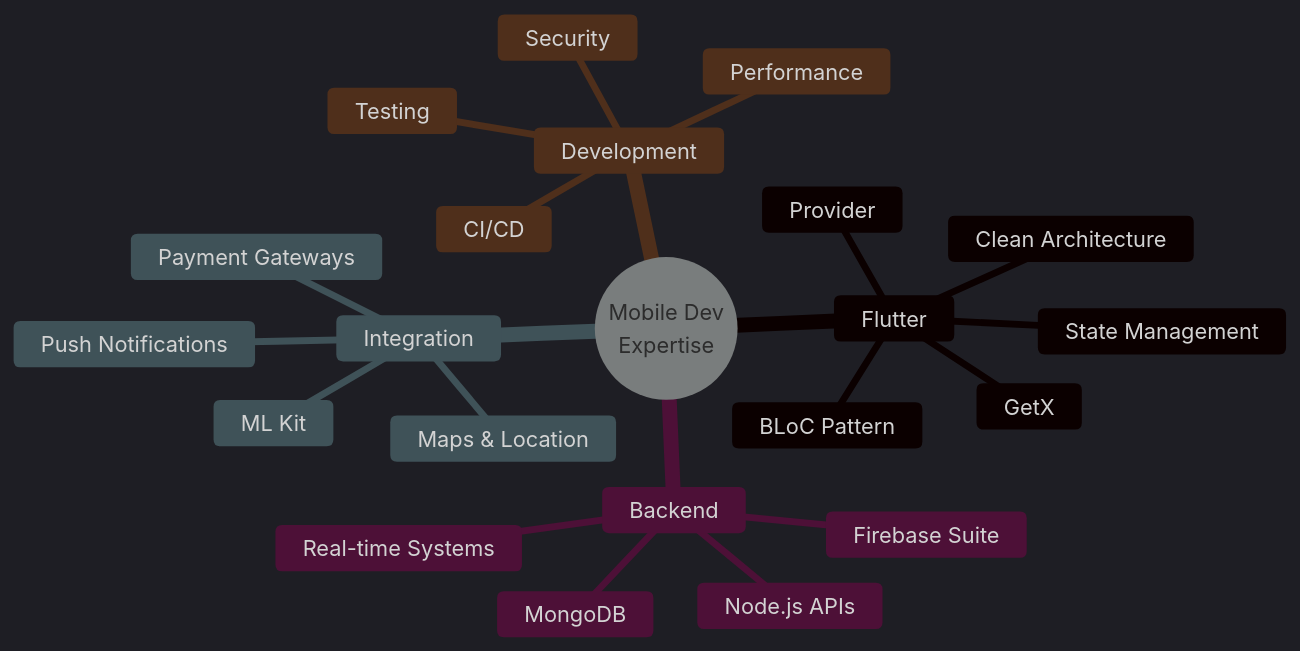
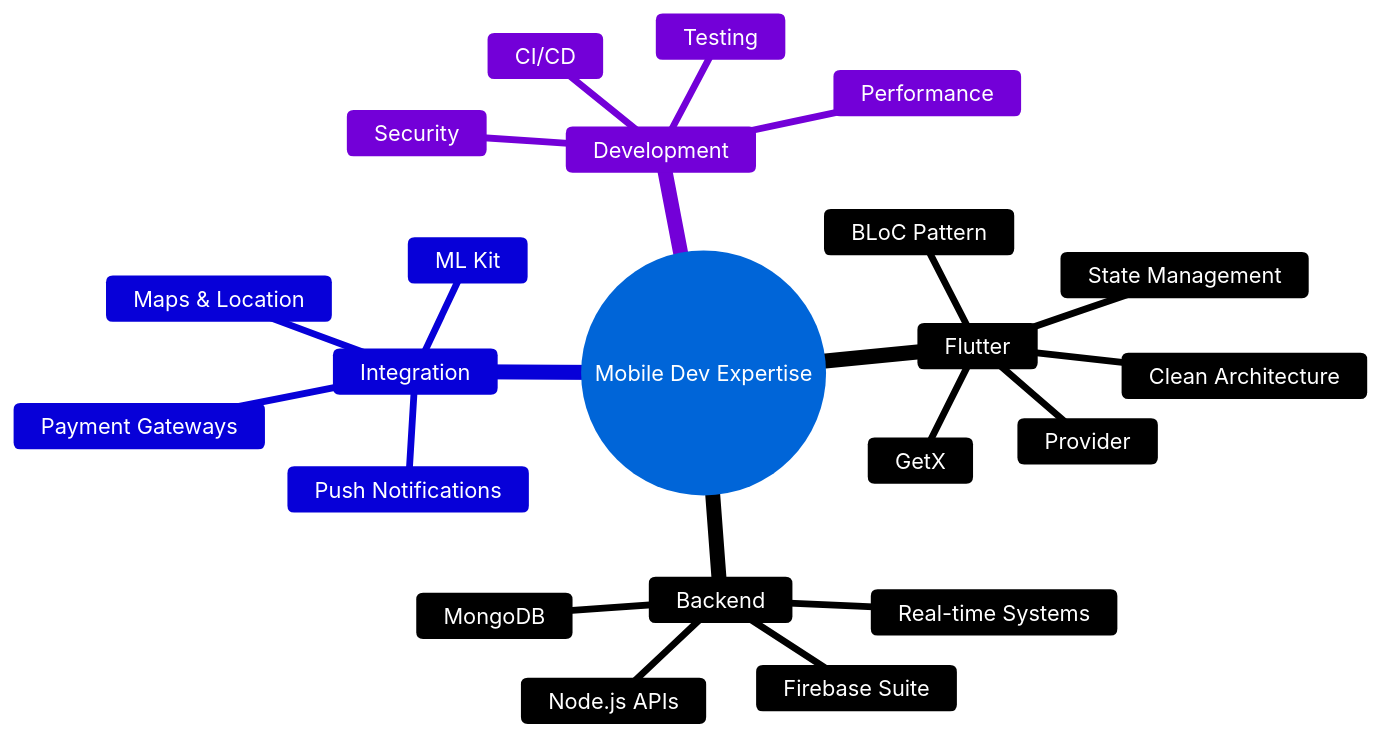
Before and after one commit to codexahmar/CodeXahmar: the diagram in README.md, drawn with Mermaid. The commit also changed other lines of this file, not shown here.

````diff
--- a/README.md
+++ b/README.md
@@ -224,27 +224,26 @@
 ```mermaid
-%%{init: {'theme':'dark'}}%%
+%%{init: {'theme':'base', 'themeVariables': { 'primaryColor':'#58a6ff', 'primaryTextColor':'#ffffff', 'primaryBorderColor':'#58a6ff', 'lineColor':'#58a6ff', 'secondaryColor':'#1a1f35', 'tertiaryColor':'#0d1117', 'fontSize':'16px', 'fontFamily':'Arial'}}}%%
 mindmap
-  root((Mobile Dev
-    Expertise))
+  root((Mobile Dev Expertise))
     Flutter
       Clean Architecture
       State Management
       BLoC Pattern
       Provider
       GetX
     Backend
       Firebase Suite
       Node.js APIs
       MongoDB
       Real-time Systems
     Integration
       Payment Gateways
       Maps & Location
       Push Notifications
       ML Kit
     Development
       CI/CD
       Testing
       Performance
       Security
 ```
````
